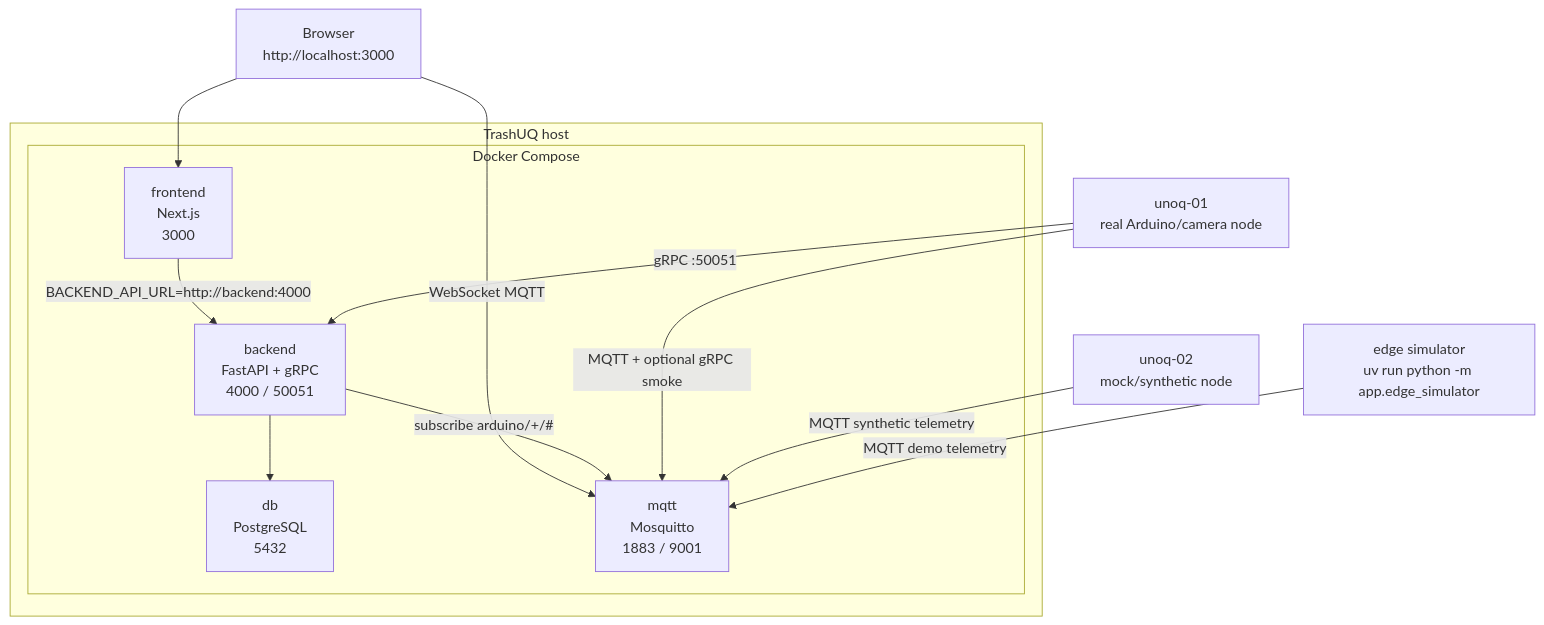
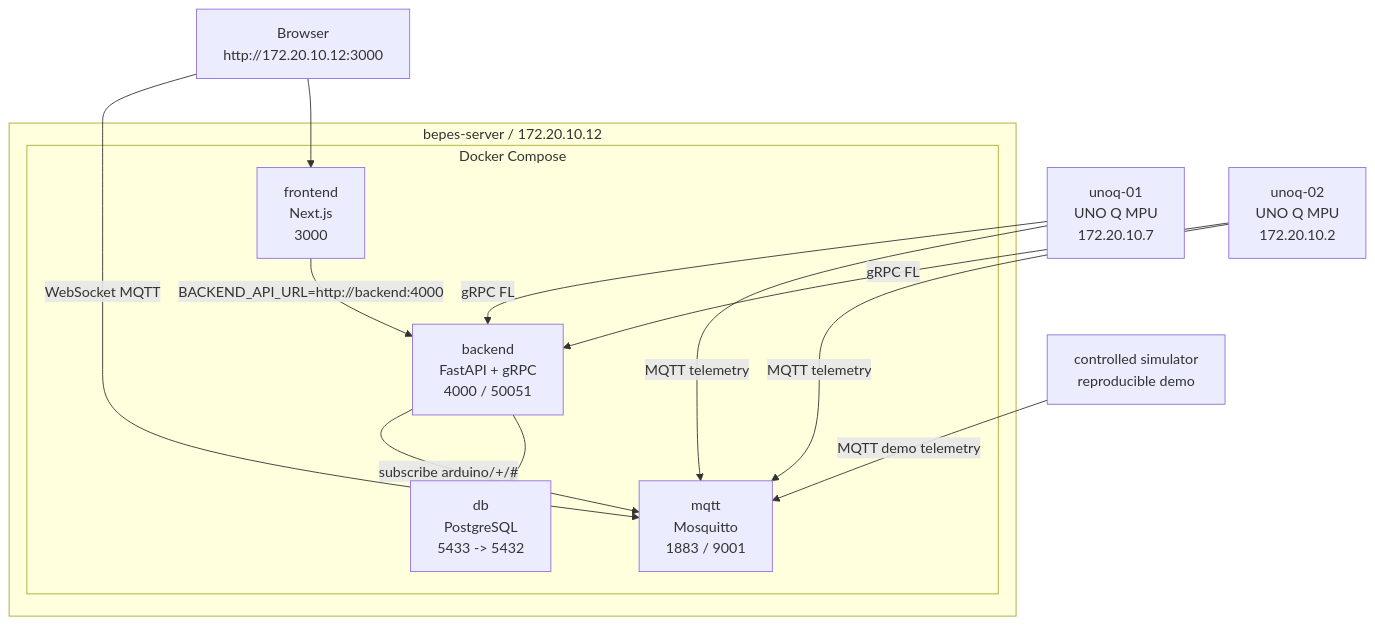
Before and after one commit to TrashUQ/TrashUQ: the diagram in docs/assets/readme/diagrams/deployment_topology.mmd, drawn with Mermaid. The commit also changed 5 other files, not shown here.

```diff
--- a/docs/assets/readme/diagrams/deployment_topology.mmd
+++ b/docs/assets/readme/diagrams/deployment_topology.mmd
@@ -1,25 +1,26 @@
 flowchart TB
-  Browser["Browser<br/>http://localhost:3000"]
+  Browser["Browser<br/>http://172.20.10.12:3000"]
 
-  subgraph Host["TrashUQ host"]
+  subgraph Host["bepes-server / 172.20.10.12"]
     subgraph Compose["Docker Compose"]
       Frontend["frontend<br/>Next.js<br/>3000"]
       Backend["backend<br/>FastAPI + gRPC<br/>4000 / 50051"]
-      DB["db<br/>PostgreSQL<br/>5432"]
+      DB["db<br/>PostgreSQL<br/>5433 -> 5432"]
       MQTT["mqtt<br/>Mosquitto<br/>1883 / 9001"]
     end
   end
 
-  UnoReal["unoq-01<br/>real Arduino/camera node"]
-  UnoMock["unoq-02<br/>mock/synthetic node"]
-  EdgeSim["edge simulator<br/>uv run python -m app.edge_simulator"]
+  U1["unoq-01<br/>UNO Q MPU<br/>172.20.10.7"]
+  U2["unoq-02<br/>UNO Q MPU<br/>172.20.10.2"]
+  EdgeSim["controlled simulator<br/>reproducible demo"]
 
   Browser --> Frontend
   Browser -->|"WebSocket MQTT"| MQTT
   Frontend -->|"BACKEND_API_URL=http://backend:4000"| Backend
   Backend --> DB
   Backend -->|"subscribe arduino/+/#"| MQTT
-  UnoReal -->|"MQTT + optional gRPC smoke"| MQTT
-  UnoReal -->|"gRPC :50051"| Backend
-  UnoMock -->|"MQTT synthetic telemetry"| MQTT
+  U1 -->|"MQTT telemetry"| MQTT
+  U2 -->|"MQTT telemetry"| MQTT
+  U1 -->|"gRPC FL"| Backend
+  U2 -->|"gRPC FL"| Backend
   EdgeSim -->|"MQTT demo telemetry"| MQTT
```
